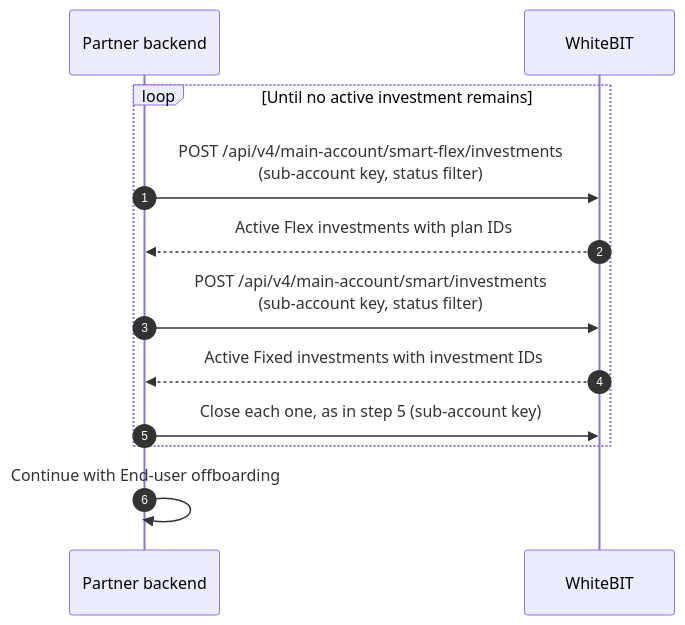
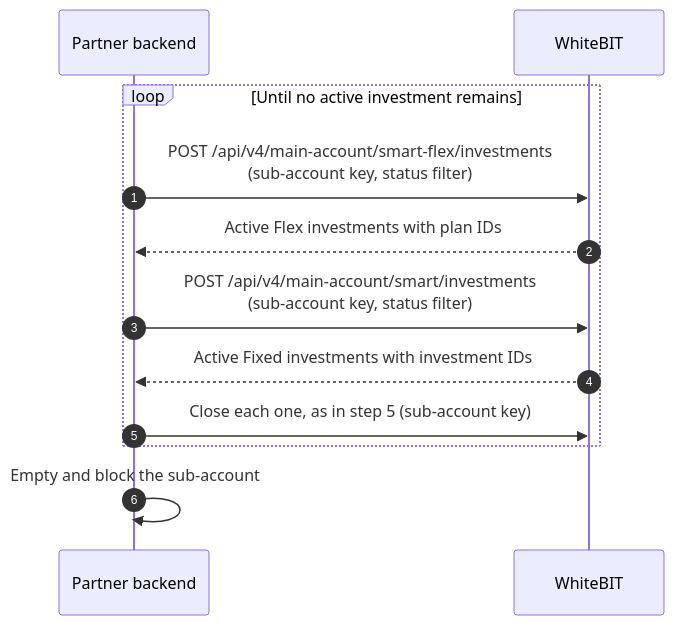
Before and after one commit to whitebit-exchange/docs: the sixth of 6 diagrams in guides/yaas-integration.mdx, drawn with Mermaid. The commit also changed other lines of this file and 3 other files, not shown here.

Commit message:
docs(guide): share the sub-account offboarding diagram

````diff
--- a/guides/yaas-integration.mdx
+++ b/guides/yaas-integration.mdx
@@ -258,15 +262,15 @@
 ```mermaid
 sequenceDiagram
     autonumber
     participant P as Partner backend
     participant W as WhiteBIT
 
     loop Until no active investment remains
         P->>W: POST /api/v4/main-account/smart-flex/investments<br/>(sub-account key, status filter)
         W-->>P: Active Flex investments with plan IDs
         P->>W: POST /api/v4/main-account/smart/investments<br/>(sub-account key, status filter)
         W-->>P: Active Fixed investments with investment IDs
         P->>W: Close each one, as in step 5 (sub-account key)
     end
-    P->>P: Continue with End-user offboarding
+    P->>P: Empty and block the sub-account
 ```
````
